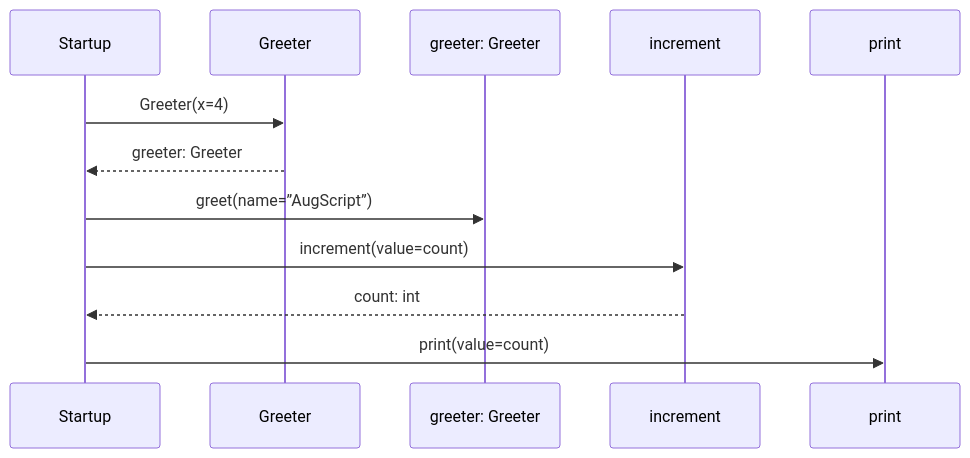
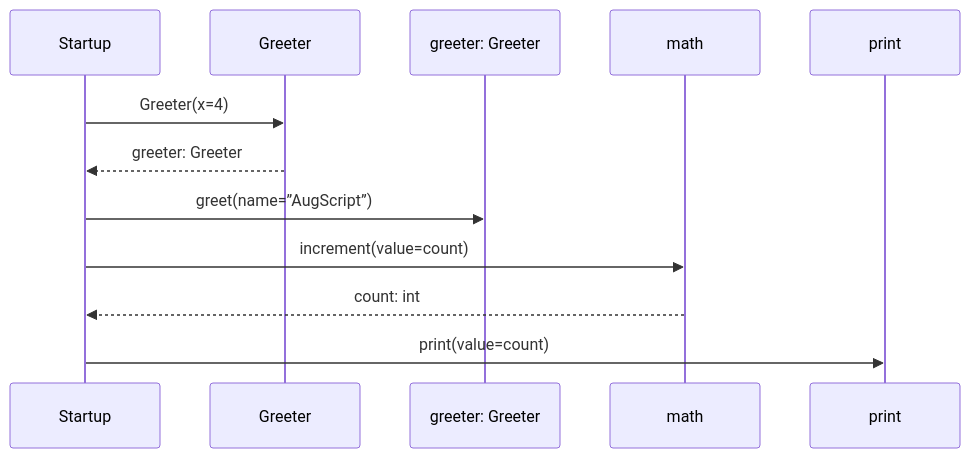
The third of 3 diagrams in docs/examples/new-syntax/main-diagrams.md (GreenPandaStudios/augscript), drawn with Mermaid before and after one commit. The commit also changed 200 other files, not shown here.

Commit message:
Group imported operations and wrap readable sequence messages

````diff
--- a/docs/examples/new-syntax/main-diagrams.md
+++ b/docs/examples/new-syntax/main-diagrams.md
@@ -53,14 +53,14 @@
 ```mermaid
 sequenceDiagram
     participant p0 as Startup
     participant p1 as Greeter
     participant p2 as greeter: Greeter
-    participant p3 as increment
+    participant p3 as math
     participant p4 as print
     p0->>p1: Greeter(x=4)
     p1-->>p0: greeter: Greeter
     p0->>p2: greet(name=”AugScript”)
     p0->>p3: increment(value=count)
     p3-->>p0: count: int
     p0->>p4: print(value=count)
 ```
````
